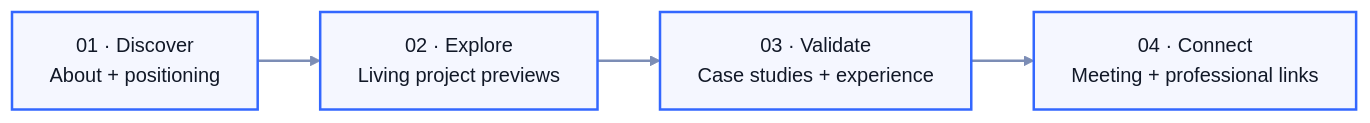
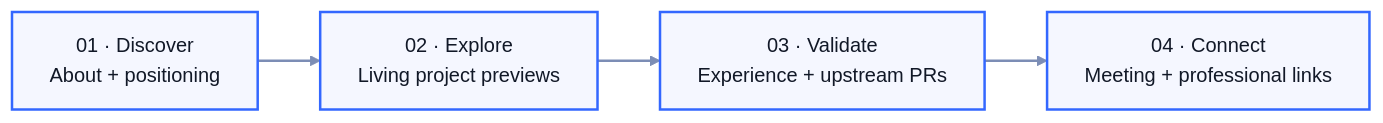
The diagram in README.md (jonxsong/jonzhang), drawn with Mermaid before and after one commit. The commit also changed other lines of this file and 7 other files, not shown here.

````diff
--- a/README.md
+++ b/README.md
@@ -63,10 +64,10 @@
 ```mermaid
 flowchart LR
   A["01 · Discover<br/>About + positioning"] --> B["02 · Explore<br/>Living project previews"]
-  B --> C["03 · Validate<br/>Case studies + experience"]
+  B --> C["03 · Validate<br/>Experience + upstream PRs"]
   C --> D["04 · Connect<br/>Meeting + professional links"]
 
   classDef stage fill:#F5F7FF,stroke:#3367FF,color:#111827,stroke-width:2px;
   class A,B,C,D stage;
   linkStyle default stroke:#7C8DB5,stroke-width:2px;
 ```
````
